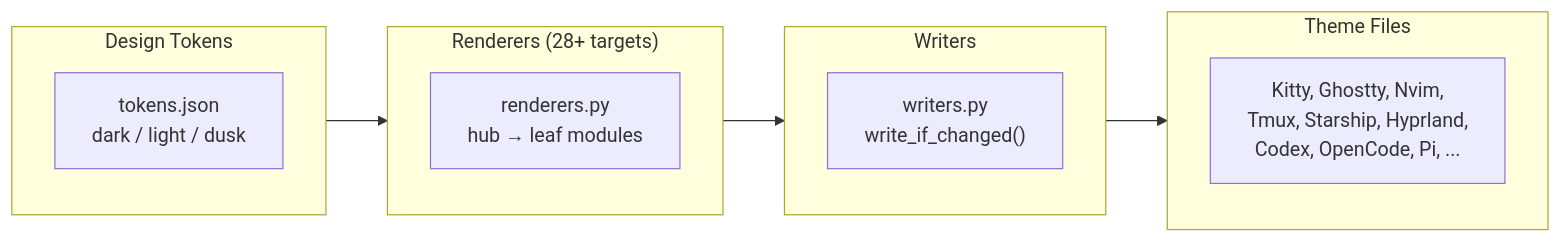
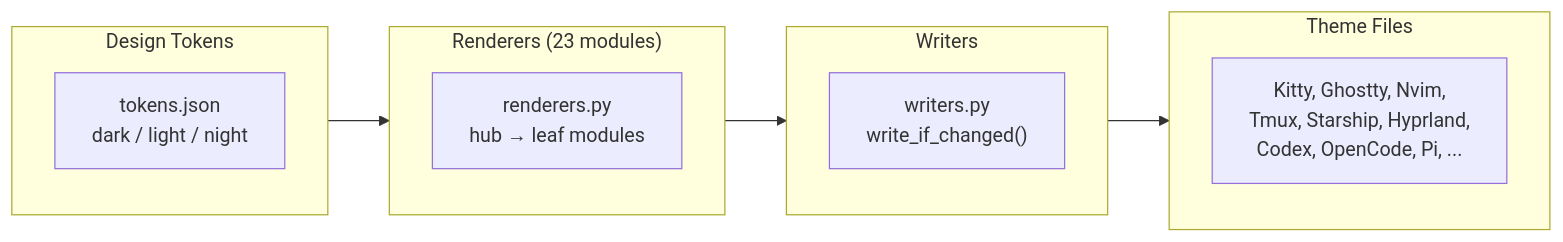
The diagram in README.md (Albert-fer02/Dreamcoder_dots), drawn with Mermaid before and after one commit. The commit also changed other lines of this file and 22 other files, not shown here.

````diff
--- a/README.md
+++ b/README.md
@@ -141,16 +141,16 @@
 ```mermaid
 flowchart LR
     subgraph Tokens["Design Tokens"]
-        PT["tokens.json<br/>dark / light / dusk"]
+        PT["tokens.json<br/>dark / light / night"]
     end
-    subgraph Render["Renderers (28+ targets)"]
+    subgraph Render["Renderers (23 modules)"]
         R["renderers.py<br/>hub → leaf modules"]
     end
     subgraph Write["Writers"]
         W["writers.py<br/>write_if_changed()"]
     end
     subgraph Output["Theme Files"]
         O["Kitty, Ghostty, Nvim,<br/>Tmux, Starship, Hyprland,<br/>Codex, OpenCode, Pi, ..."]
     end
     Tokens --> Render --> Write --> Output
 ```
````
